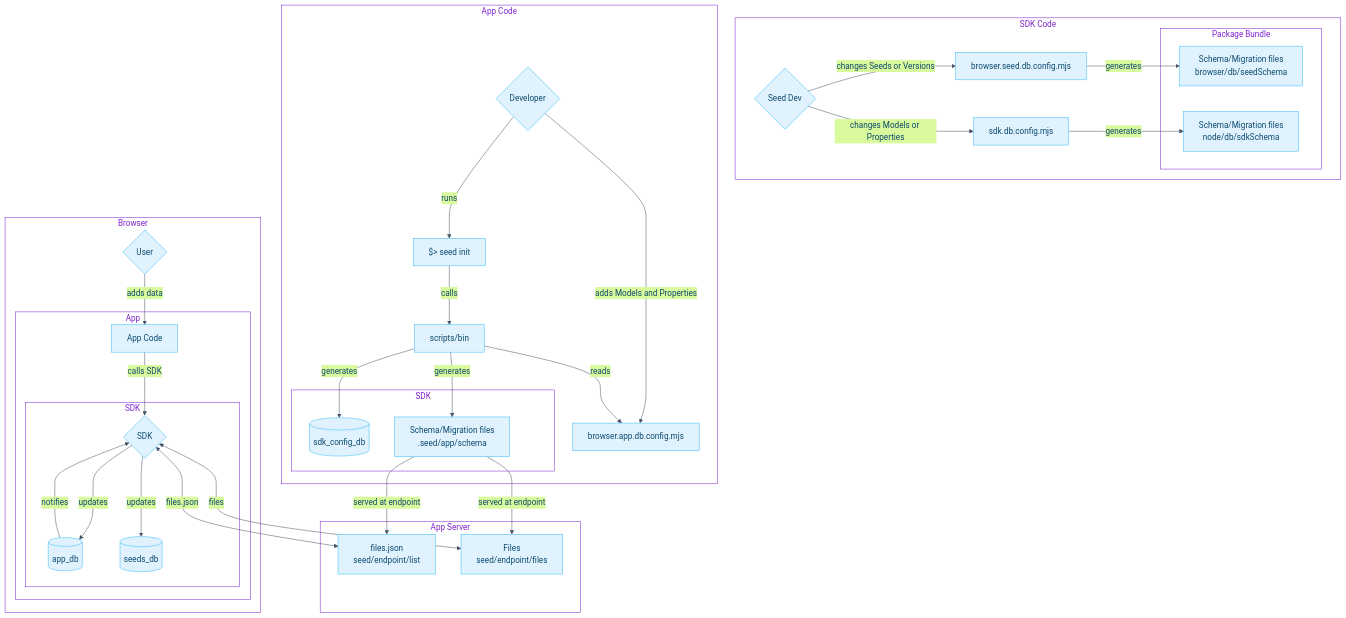
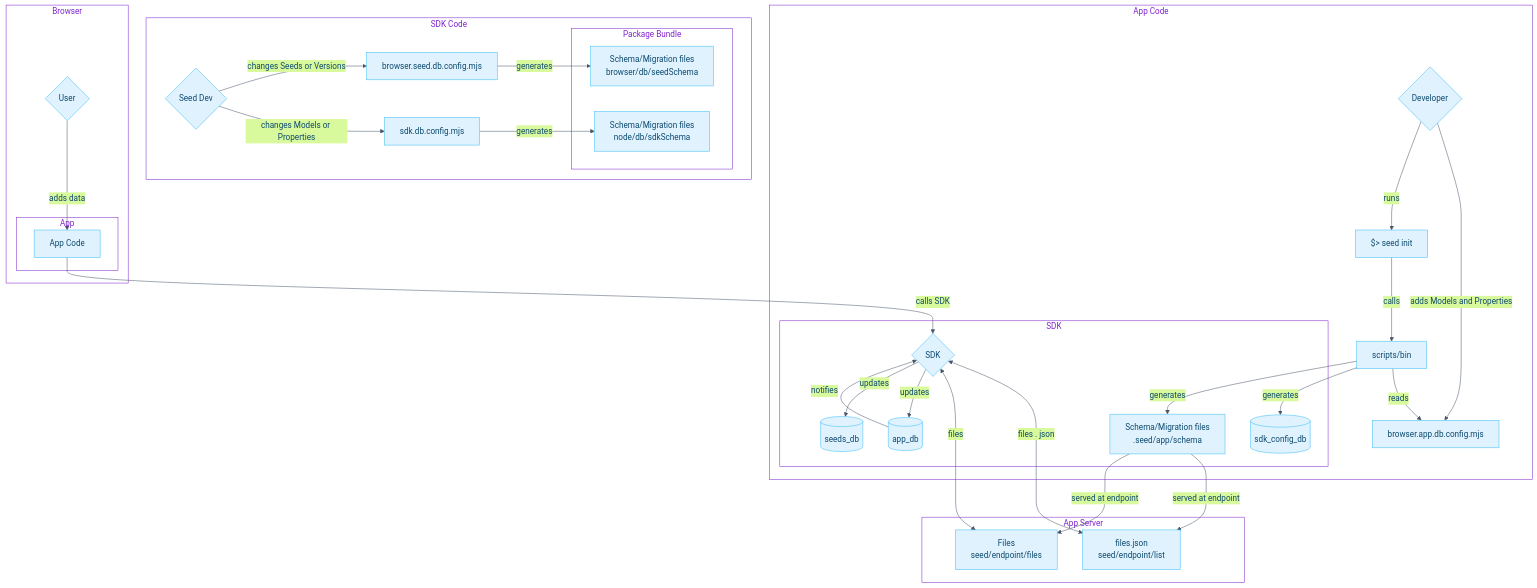
Before and after one commit to JournoLabs/seed-protocol-sdk: the first of 2 diagrams in README.md, drawn with Mermaid. The commit also changed other lines of this file and 209 other files, not shown here.

````diff
--- a/README.md
+++ b/README.md
@@ -202,77 +228,75 @@
     C{Seed Dev}
     N{SDK}
     Q[App Code]
-    
     D[(sdk_config_db)]
     E[(app_db)]
     L[(seeds_db)]
-    
     G[Schema/Migration files
     browser/db/seedSchema]
-    H[Schema/Migration files
-    .seed/app/schema]
-    R[Schema/Migration files
-    node/db/sdkSchema]
-    
-    I[browser.seed.db.config.mjs]
-    J[sdk.db.config.mjs]
-    K[browser.app.db.config.mjs]
-    
-    O[files.json
-    seed/endpoint/list]
-    P[Files
-    seed/endpoint/files]
-    
-    S[$> seed init]
-    T[scripts/bin]
-    
-    subgraph SDK Code
-        C--changes Seeds or Versions-->I
-        C--changes Models or Properties-->J
-        J--generates-->R
-        I--generates-->G
-        subgraph Package Bundle 
-            R
-            G
-        end
-    end
+H[Schema/Migration files
+.seed/app/schema]
+R[Schema/Migration files
+node/db/sdkSchema]
 
-    
+I[browser.seed.db.config.mjs]
+J[sdk.db.config.mjs]
+K[browser.app.db.config.mjs]
 
-    subgraph App Code
-    A--adds Models and Properties-->K
-      subgraph SDK 
-          D
-          H
-      end
-    A--runs-->S
-    S--calls-->T
-    T--reads-->K
-    T--generates-->D
-    T--generates-->H
-    end
-    
-    subgraph App Server 
-      H--served at endpoint-->O
-      H--served at endpoint-->P
-    end
-    
+O[files.json
+seed/endpoint/list]
+P[Files
+seed/endpoint/files]
 
-    
-    subgraph Browser
-    B--adds data-->Q
-      subgraph App 
-          Q--calls SDK-->N
-          subgraph SDK 
-            E--notifies-->N
-            N<--files.json-->O
-            N<--files-->P
-            N--updates-->E
-            N--updates-->L
-              
-          end
-      end
-    end
+S[$> seed init]
+T[scripts/bin]
+
+subgraph SDK Code
+C--changes Seeds or Versions --> I
+C-- changes Models or Properties --> J
+J-- generates -->R
+I-- generates --> G
+subgraph Package Bundle
+R
+G
+end
+end
+
+
+
+subgraph App Code
+A-- adds Models and Properties --> K
+subgraph SDK
+D
+H
+end
+A-- runs --> S
+S-- calls --> T
+T-- reads--> K
+T-- generates --> D
+T-- generates --> H
+end
+
+subgraph App Server
+H-- served at endpoint --> O
+H-- served at endpoint --> P
+end
+
+
+
+subgraph Browser
+B-- adds data--> Q
+subgraph App
+Q-- calls SDK--> N
+subgraph SDK
+E-- notifies -->N
+N<-- files . json --> O
+N<-- files --> P
+N-- updates -->E
+N-- updates --> L
+
+end
+end
+end
 
 
 ```
````
